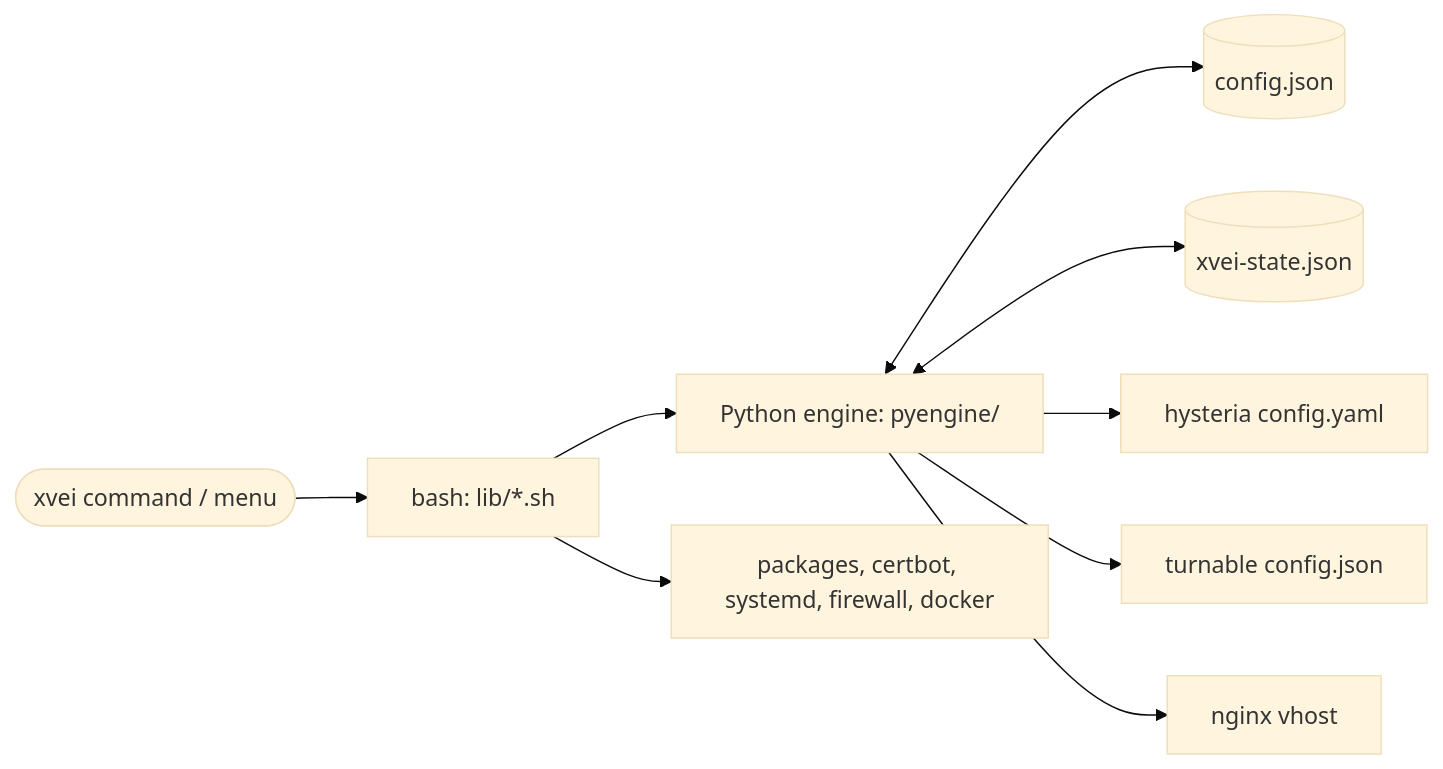
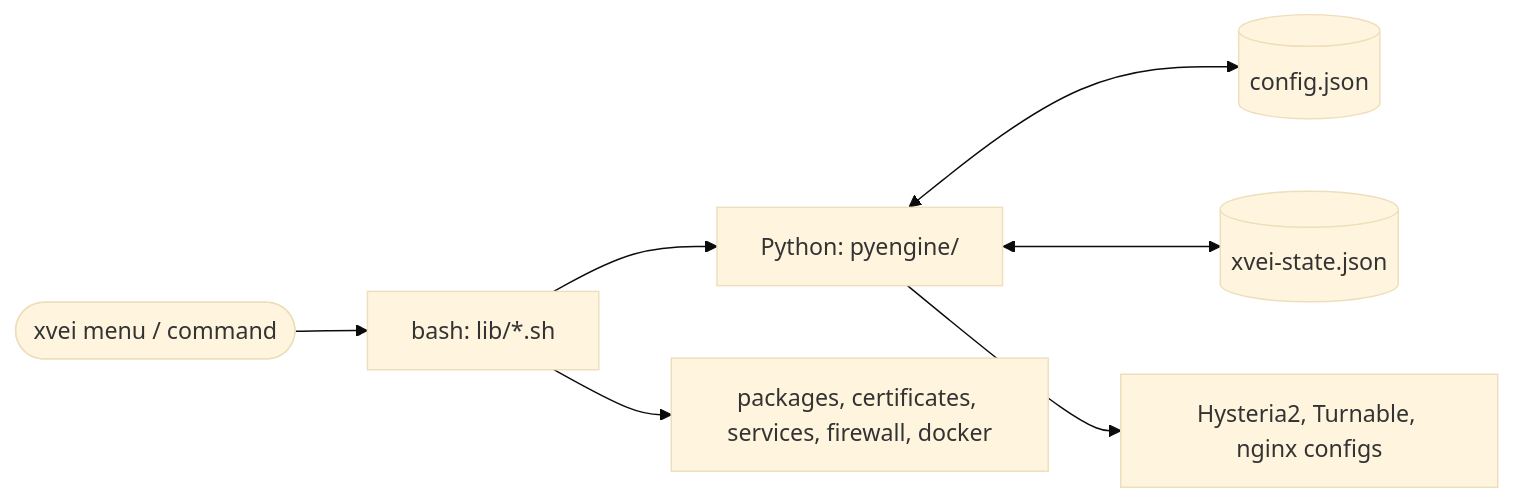
The first of 4 diagrams in docs/en/architecture.md (Shark-vil/xray_vless_easy_install_script), drawn with Mermaid (base theme) before and after one commit. The commit also changed other lines of this file and 29 other files, not shown here.

````diff
--- a/docs/en/architecture.md
+++ b/docs/en/architecture.md
@@ -7,11 +5,9 @@
 ```mermaid
 flowchart LR
-    user([xvei command / menu]) --> bash[bash: lib/*.sh]
-    bash --> engine[Python engine: pyengine/]
+    user([xvei menu / command]) --> bash[bash: lib/*.sh]
+    bash --> engine[Python: pyengine/]
     engine <--> xcfg[(config.json)]
     engine <--> state[(xvei-state.json)]
-    engine --> hcfg[hysteria config.yaml]
-    engine --> tcfg[turnable config.json]
-    engine --> ncfg[nginx vhost]
-    bash --> sys[packages, certbot, systemd, firewall, docker]
+    engine --> other[Hysteria2, Turnable, nginx configs]
+    bash --> sys[packages, certificates, services, firewall, docker]
 ```
````
